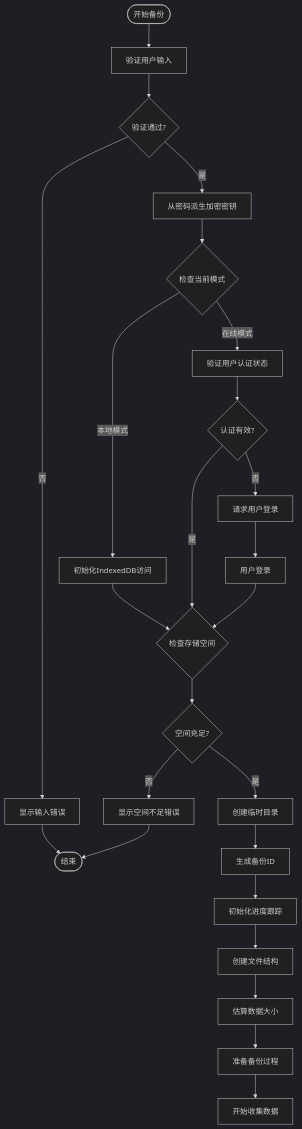
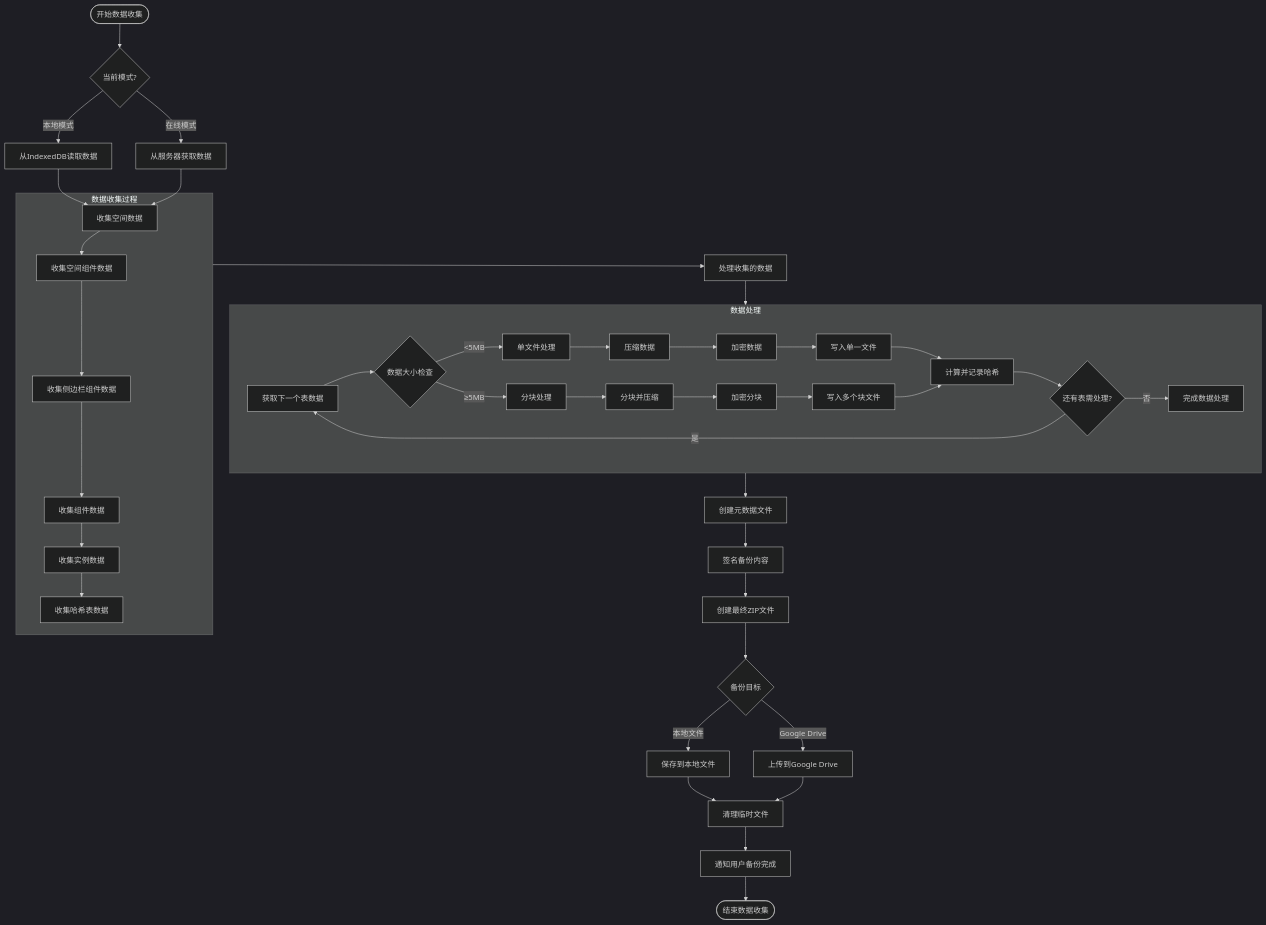
The diagram in all/未命名-52.md (yingjianzh/iodraw-files), drawn with Mermaid (dark theme) before and after one commit.

Commit message:
2025-05-09 14:03:12 update

````diff
--- a/all/未命名-52.md
+++ b/all/未命名-52.md
@@ -1,38 +1,58 @@
 ```mermaid
 flowchart TD
-    Start([开始备份]) --> ValidateInput[验证用户输入]
-    ValidateInput --> InputValid{验证通过?}
+    Start([开始数据收集]) --> CheckMode{当前模式?}
     
-    InputValid -->|否| ShowInputError[显示输入错误]
-    InputValid -->|是| DeriveKey[从密码派生加密密钥]
+    CheckMode -->|本地模式| ReadFromIndexedDB[从IndexedDB读取数据]
+    CheckMode -->|在线模式| FetchFromServer[从服务器获取数据]
     
-    ShowInputError --> End([结束])
+    ReadFromIndexedDB --> CollectCanvas[收集空间数据]
+    FetchFromServer --> CollectCanvas
     
-    DeriveKey --> CheckMode{检查当前模式}
+    subgraph DataCollection [数据收集过程]
+        CollectCanvas[收集空间数据] --> CollectCanvasComp[收集空间组件数据]
+        CollectCanvasComp --> CollectSidebarComp[收集侧边栏组件数据]
+        CollectSidebarComp --> CollectCompData[收集组件数据]
+        CollectCompData --> CollectInstanceData[收集实例数据]
+        CollectInstanceData --> CollectHashTables[收集哈希表数据]
+    end
     
-    CheckMode -->|本地模式| InitIndexedDB[初始化IndexedDB访问]
-    CheckMode -->|在线模式| ValidateAuth[验证用户认证状态]
+    DataCollection --> ProcessCollectedData[处理收集的数据]
     
-    InitIndexedDB --> CheckStorage{检查存储空间}
-    ValidateAuth --> AuthValid{认证有效?}
+    subgraph DataProcessing [数据处理]
+        A[获取下一个表数据] --> B{数据大小检查}
+        B -->|<5MB| C1[单文件处理]
+        B -->|≥5MB| C2[分块处理]
+        
+        C1 --> D1[压缩数据]
+        C2 --> D2[分块并压缩]
+        
+        D1 --> E1[加密数据]
+        D2 --> E2[加密分块]
+        
+        E1 --> F1[写入单一文件]
+        E2 --> F2[写入多个块文件]
+        
+        F1 --> G[计算并记录哈希]
+        F2 --> G
+        
+        G --> H{还有表需处理?}
+        H -->|是| A
+        H -->|否| I[完成数据处理]
+    end
     
-    AuthValid -->|否| RequestLogin[请求用户登录]
-    AuthValid -->|是| CheckStorage
+    ProcessCollectedData --> DataProcessing
     
-    RequestLogin --> UserLogin[用户登录]
-    UserLogin --> CheckStorage
+    DataProcessing --> CreateMetadataFile[创建元数据文件]
+    CreateMetadataFile --> SignBackupContent[签名备份内容]
+    SignBackupContent --> CreateFinalZip[创建最终ZIP文件]
     
-    CheckStorage --> EnoughSpace{空间充足?}
-    EnoughSpace -->|否| ShowSpaceError[显示空间不足错误]
-    EnoughSpace -->|是| CreateTempDir[创建临时目录]
+    CreateFinalZip --> DestinationType{备份目标}
+    DestinationType -->|本地文件| SaveToLocalFile[保存到本地文件]
+    DestinationType -->|Google Drive| UploadToGDrive[上传到Google Drive]
     
-    ShowSpaceError --> End
+    SaveToLocalFile --> CleanupTemp[清理临时文件]
+    UploadToGDrive --> CleanupTemp
     
-    CreateTempDir --> GenerateBackupID[生成备份ID]
-    GenerateBackupID --> InitProgress[初始化进度跟踪]
-    InitProgress --> CreateStructure[创建文件结构]
-    
-    CreateStructure --> EstimateSize[估算数据大小]
-    EstimateSize --> PrepareBackup[准备备份过程]
-    PrepareBackup --> StartDataCollection[开始收集数据]
+    CleanupTemp --> NotifyUser[通知用户备份完成]
+    NotifyUser --> End([结束数据收集])
 ```
````
